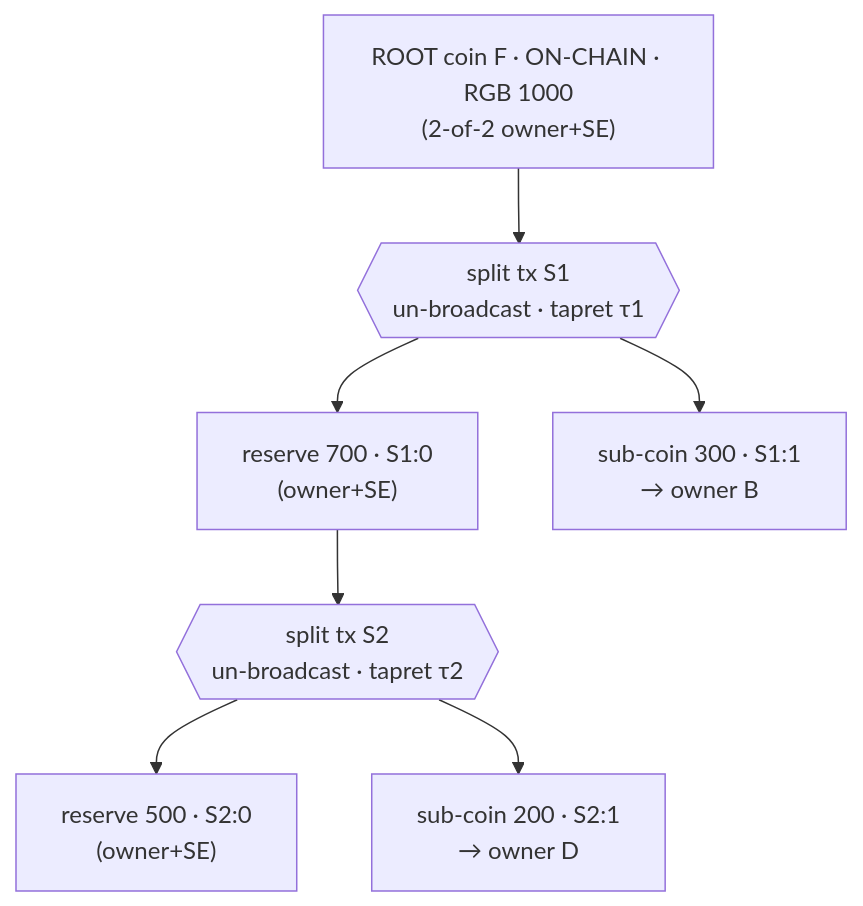
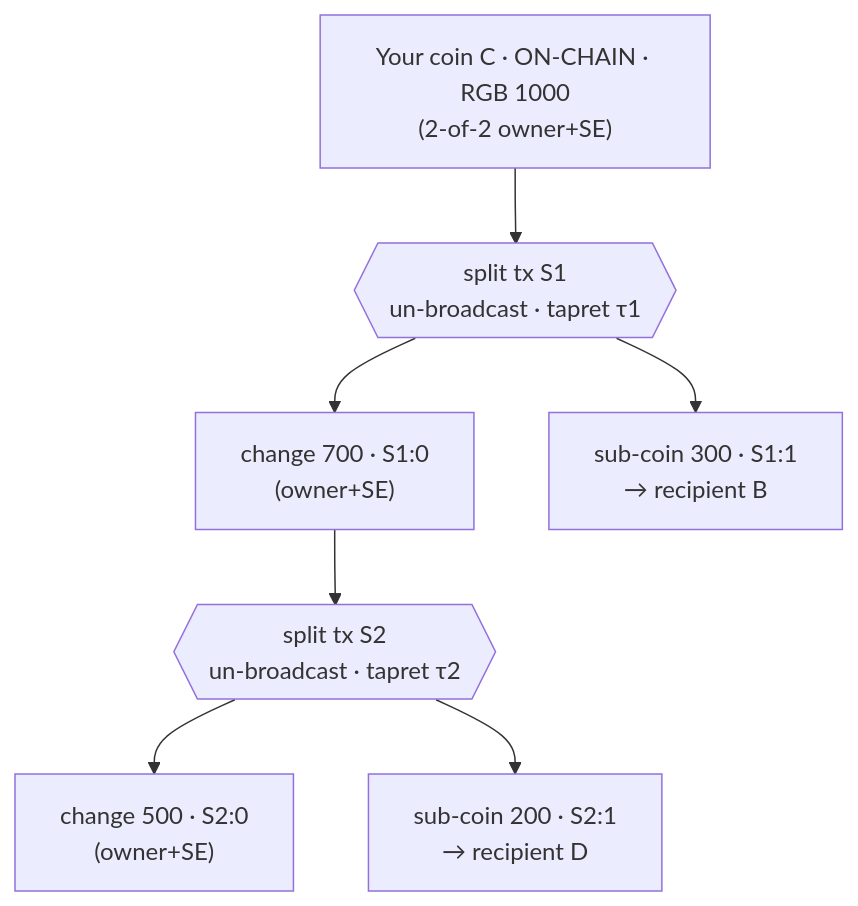
One commit to gofman8/mercurylayer changed the first of 2 diagrams in docs/rgb_offchain_split_spilman.md. Above: the diagram before and after it, drawn with Mermaid. The commit also changed other lines of this file and 4 other files, not shown here.

````diff
--- a/docs/rgb_offchain_split_spilman.md
+++ b/docs/rgb_offchain_split_spilman.md
@@ -115,10 +116,10 @@
 ```mermaid
 flowchart TD
-    F["ROOT coin F · ON-CHAIN · RGB 1000<br/>(2-of-2 owner+SE)"]
-    F --> S1{{"split tx S1<br/>un-broadcast · tapret τ1"}}
-    S1 --> R1["reserve 700 · S1:0<br/>(owner+SE)"]
-    S1 --> B["sub-coin 300 · S1:1<br/>→ owner B"]
+    C["Your coin C · ON-CHAIN · RGB 1000<br/>(2-of-2 owner+SE)"]
+    C --> S1{{"split tx S1<br/>un-broadcast · tapret τ1"}}
+    S1 --> R1["change 700 · S1:0<br/>(owner+SE)"]
+    S1 --> B["sub-coin 300 · S1:1<br/>→ recipient B"]
     R1 --> S2{{"split tx S2<br/>un-broadcast · tapret τ2"}}
-    S2 --> R2["reserve 500 · S2:0<br/>(owner+SE)"]
-    S2 --> D["sub-coin 200 · S2:1<br/>→ owner D"]
+    S2 --> R2["change 500 · S2:0<br/>(owner+SE)"]
+    S2 --> D["sub-coin 200 · S2:1<br/>→ recipient D"]
 ```
````
